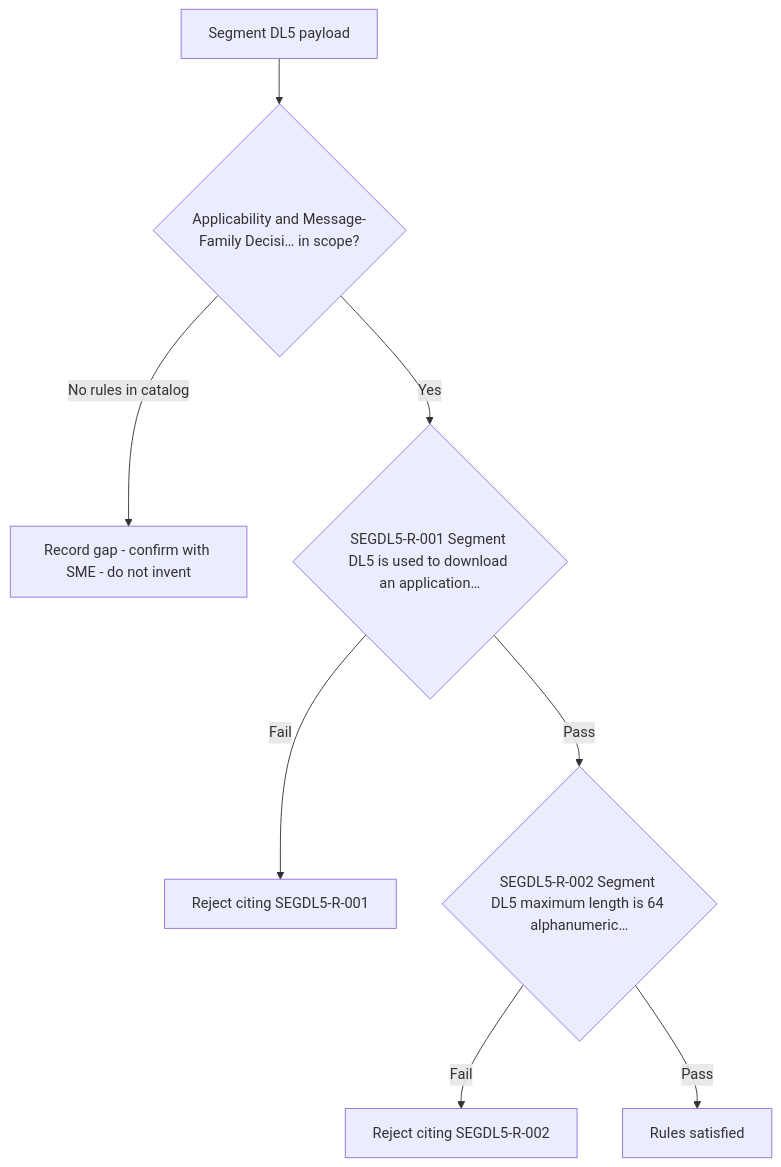
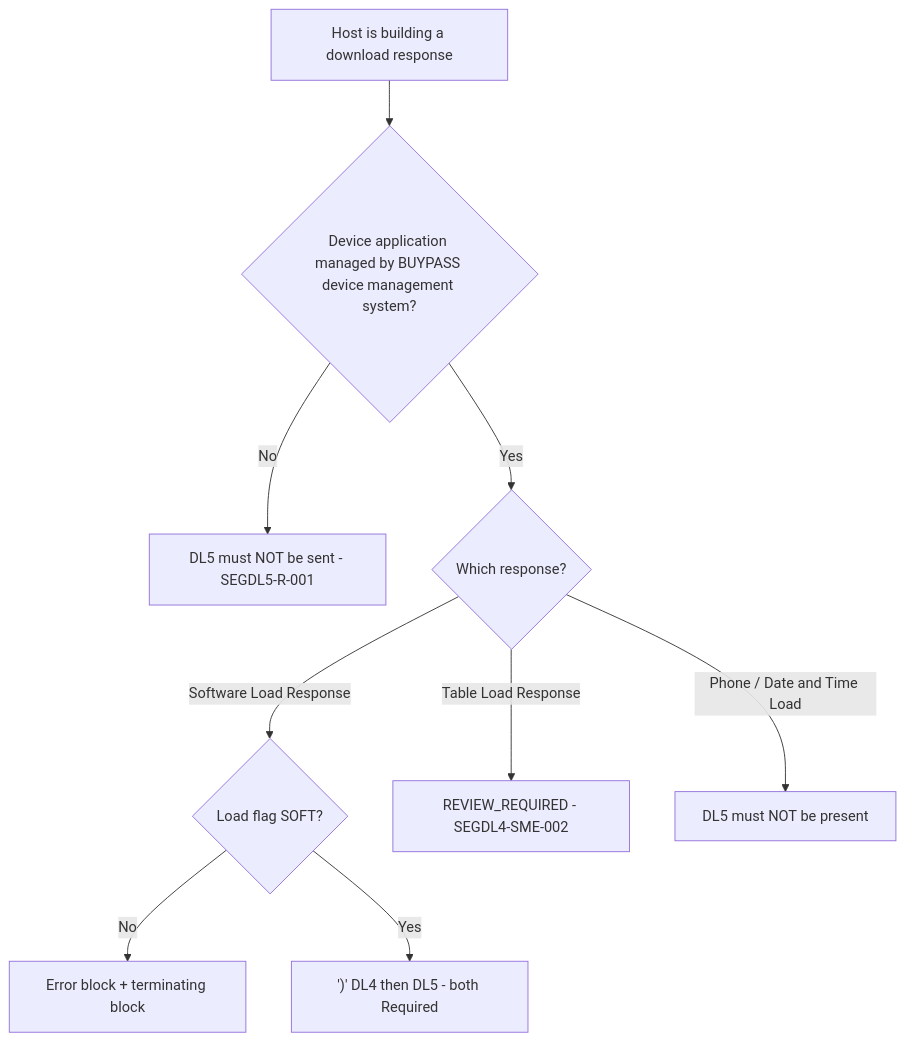
Before and after one commit to DhanSingh-hub/core-auth-ai-validation-framework: the diagram in regression-artifact-validator/specifications/ATL105/docs/specs/kb/segment-DL5/applicability-decision-flow.md, drawn with Mermaid. The commit also changed other lines of this file and 28 other files, not shown here.

First line of the commit message:
docs(segment-DL5): retrain KB module against Segment 100, 11.7.4 Software Load and 10.10 software update processing

````diff
--- a/regression-artifact-validator/specifications/ATL105/docs/specs/kb/segment-DL5/applicability-decision-flow.md
+++ b/regression-artifact-validator/specifications/ATL105/docs/specs/kb/segment-DL5/applicability-decision-flow.md
@@ -3,10 +3,11 @@
 ```mermaid
 flowchart TD
-    A[Segment DL5 payload] --> B{Applicability and Message-Family Decisi… in scope?}
-    B -->|No rules in catalog| G[Record gap - confirm with SME - do not invent]
-    B -->|Yes| R1{SEGDL5-R-001 Segment DL5 is used to download an application…}
-    R1 -->|Fail| X1[Reject citing SEGDL5-R-001]
-    R1 -->|Pass| R2{SEGDL5-R-002 Segment DL5 maximum length is 64 alphanumeric…}
-    R2 -->|Fail| X2[Reject citing SEGDL5-R-002]
-    R2 -->|Pass| Z[Rules satisfied]
+    A[Host is building a download response] --> B{Device application managed by BUYPASS device management system?}
+    B -->|No| N1[DL5 must NOT be sent - SEGDL5-R-001]
+    B -->|Yes| C{Which response?}
+    C -->|Software Load Response| D{Load flag SOFT?}
+    D -->|No| N2[Error block + terminating block]
+    D -->|Yes| E["')' DL4 then DL5 - both Required"]
+    C -->|Table Load Response| R1[REVIEW_REQUIRED - SEGDL4-SME-002]
+    C -->|Phone / Date and Time Load| N3[DL5 must NOT be present]
 ```
````
